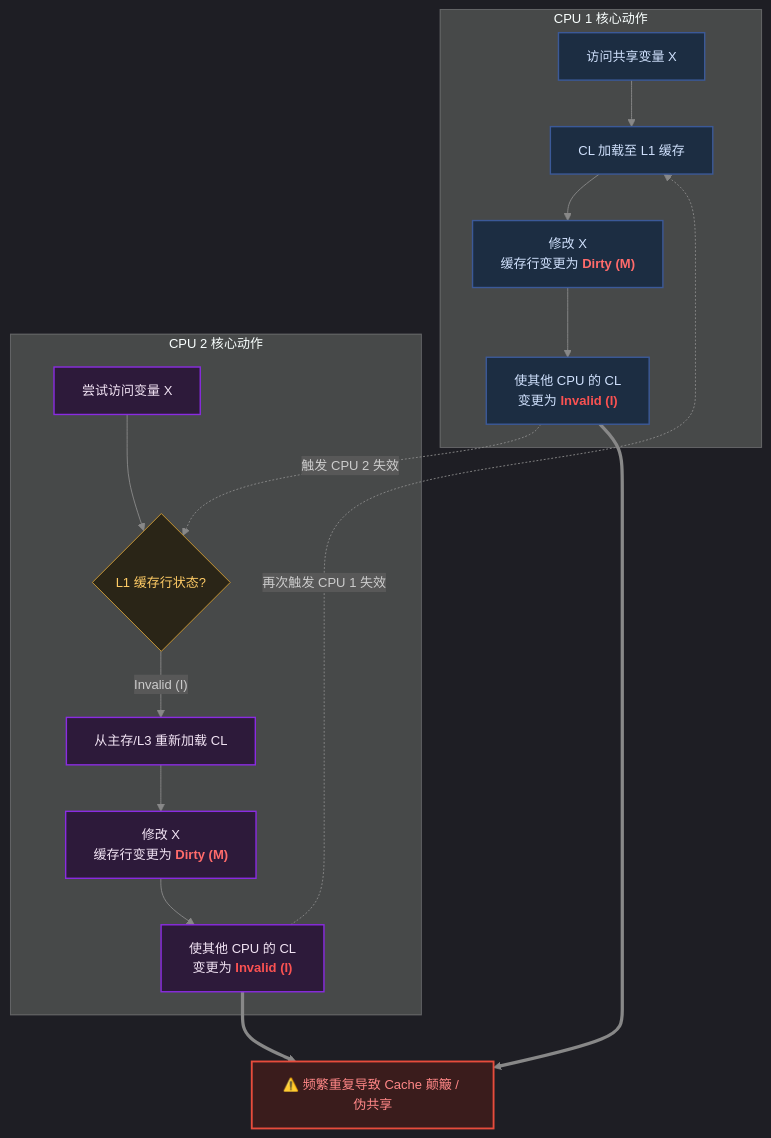
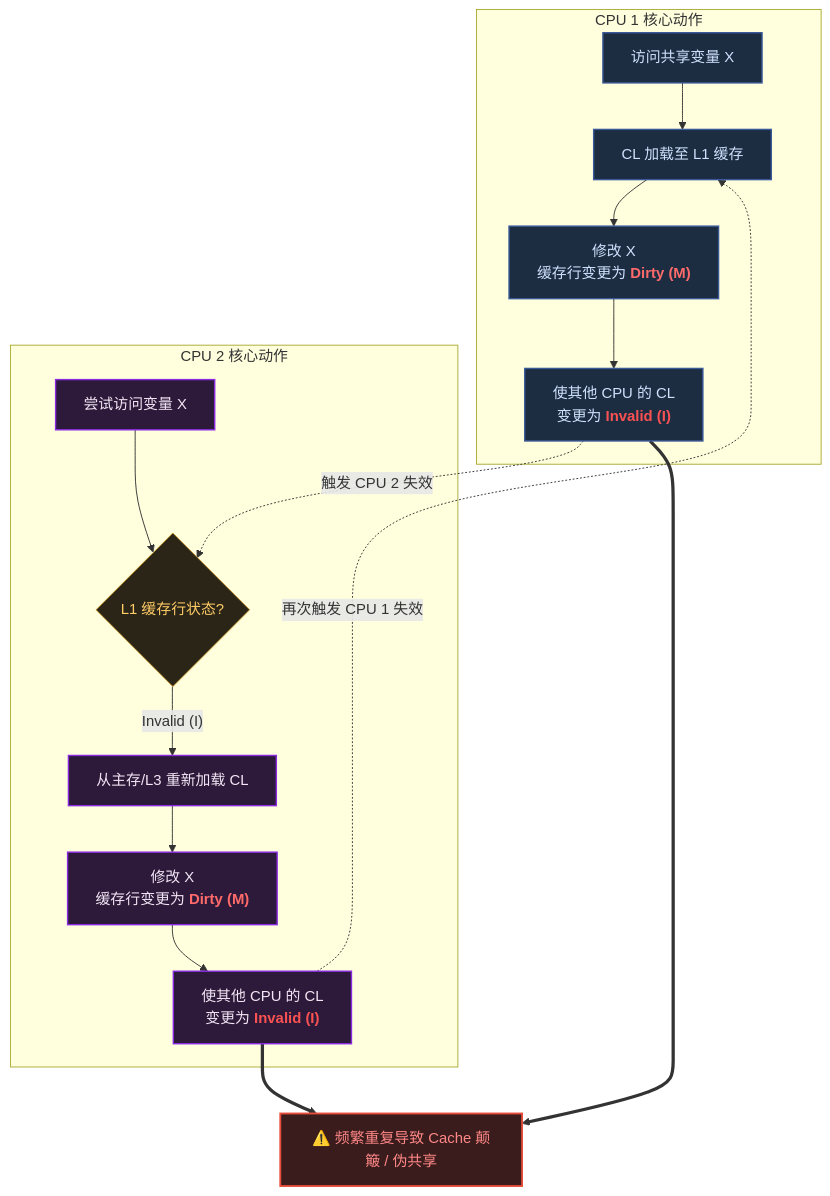
Before and after one commit to teatang/t-blog: the second of 2 diagrams in source/_posts/2026/2026-05-19_Golang 读写锁底层竞争与 Cache 抖动详解.md, drawn with Mermaid. The commit also changed other lines of this file and 1 other file, not shown here.

Commit message:
update blog

```diff
--- a/source/_posts/2026/2026-05-19_Golang 读写锁底层竞争与 Cache 抖动详解.md
+++ b/source/_posts/2026/2026-05-19_Golang 读写锁底层竞争与 Cache 抖动详解.md
@@ -237,50 +227,40 @@
 {% mermaid %}
-%%{init: {
-  'theme': 'dark',
-  'themeVariables': {
-    'background': '#121212',
-    'primaryColor': '#1f1f1f',
-    'primaryTextColor': '#e0e0e0',
-    'lineColor': '#888888',
-    'fontSize': '14px'
-  }
-}}%%
 graph TD
     %% 核心冲突现象（全局高亮）
     K[⚠️ 频繁重复导致 Cache 颠簸 / 伪共享]
 
     %% CPU 1 事务流
     subgraph CPU_1 [CPU 1 核心动作]
         A[访问共享变量 X] --> B[CL 加载至 L1 缓存]
         B --> C["修改 X <br> 缓存行变更为 <font color='#ff6b6b'><b>Dirty (M)</b></font>"]
         C --> D["使其他 CPU 的 CL <br> 变更为 <font color='#fa5252'><b>Invalid (I)</b></font>"]
     end
 
     %% CPU 2 事务流
     subgraph CPU_2 [CPU 2 核心动作]
         E[尝试访问变量 X] --> F{L1 缓存行状态?}
         F -- Invalid (I) --> G[从主存/L3 重新加载 CL]
         G --> H["修改 X <br> 缓存行变更为 <font color='#ff6b6b'><b>Dirty (M)</b></font>"]
         H --> I["使其他 CPU 的 CL <br> 变更为 <font color='#fa5252'><b>Invalid (I)</b></font>"]
     end
 
     %% 触发机制连线
     D -. 触发 CPU 2 失效 .-> F
     I -. 再次触发 CPU 1 失效 .-> B
     
     %% 恶性循环连线
     D ==> K
     I ==> K
 
     %% 深色模式专属样式定义
     classDef default fill:#1e1e1e,stroke:#444,stroke-width:1px,color:#e0e0e0;
     classDef cpu1 fill:#1c2d42,stroke:#3b5998,stroke-width:1.5px,color:#d0e1fd;
     classDef cpu2 fill:#2d1a3a,stroke:#8a2be2,stroke-width:1.5px,color:#f3e5f5;
     classDef judge fill:#2a2517,stroke:#cc9933,stroke-width:1px,color:#ffcc66;
     classDef warning fill:#3a1c1c,stroke:#e74c3c,stroke-width:2px,color:#ff8787;
     
     class A,B,C,D cpu1;
     class E,G,H,I cpu2;
     class F judge;
     class K warning;
 {% endmermaid %}
```
